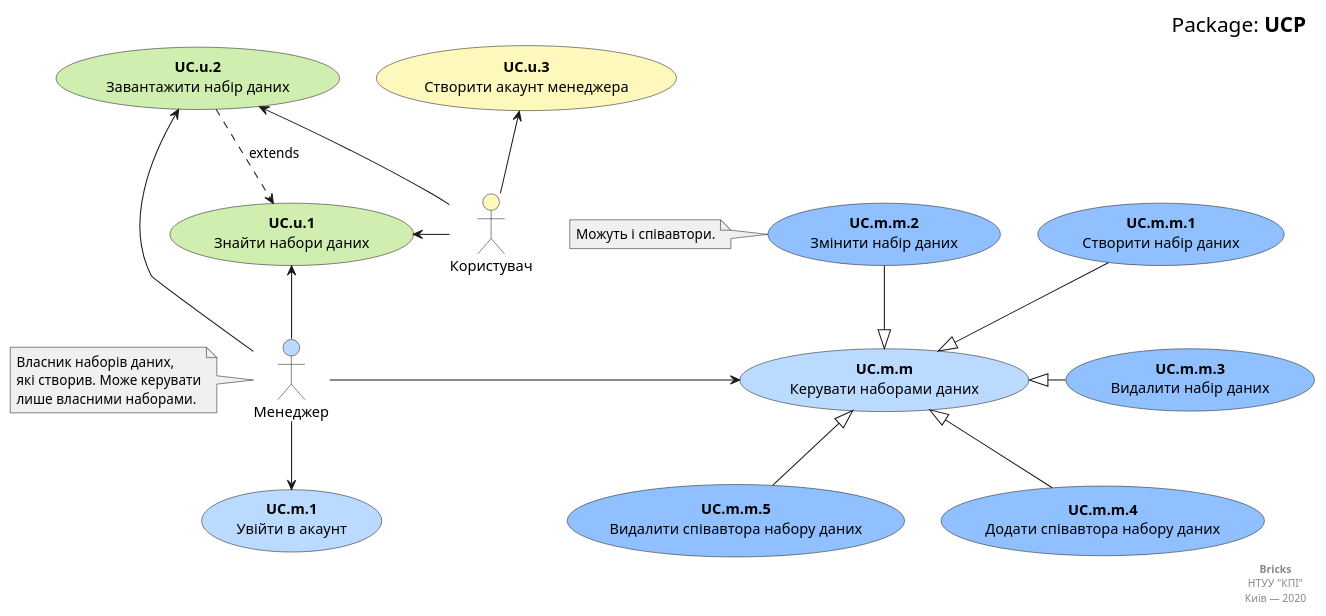
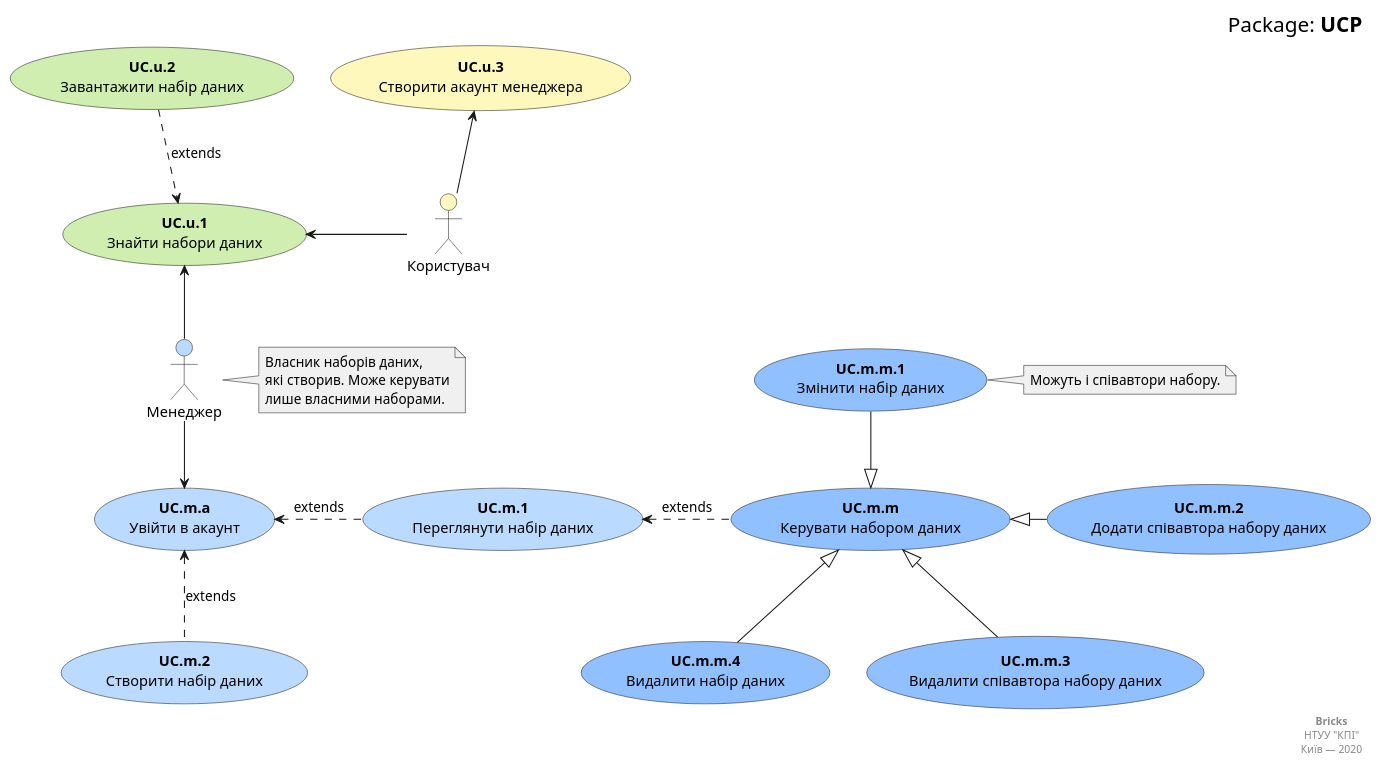
The diagram in docs/use cases/UCP.puml (hate-crew-member-41/Bricks), drawn with PlantUML before and after one commit.

```diff
--- a/docs/use cases/UCP.puml
+++ b/docs/use cases/UCP.puml
@@ -1,54 +1,55 @@
 @startuml
 
     right header
         <font size=20 color=black>Package: <b>UCP</b></font>
     end header
 
     actor "Користувач" as User #fff8bd
     actor "Менеджер" as Manager #bbdaff
 
-    note left of Manager #f0f0f0
+    note right of Manager #f0f0f0
         Власник наборів даних,
         які створив. Може керувати
         лише власними наборами.
     end note
     
     usecase "<b>UC.u.1</b>\nЗнайти набори даних" as UC.u.1 #d0eeb0
     usecase "<b>UC.u.2</b>\nЗавантажити набір даних" as UC.u.2 #d0eeb0
     usecase "<b>UC.u.3</b>\nСтворити акаунт менеджера" as UC.u.3 #fff8bd
 
-    usecase "<b>UC.m.1</b>\nУвійти в акаунт" as UC.m.1 #bbdaff
-    usecase "<b>UC.m.m</b>\nКерувати наборами даних" as UC.m.m #bbdaff
-    usecase "<b>UC.m.m.1</b>\nСтворити набір даних" as UC.m.m.1 #90c0ff
-    usecase "<b>UC.m.m.2</b>\nЗмінити набір даних" as UC.m.m.2 #90c0ff
-    usecase "<b>UC.m.m.3</b>\nВидалити набір даних" as UC.m.m.3 #90c0ff
-    usecase "<b>UC.m.m.4</b>\nДодати співавтора набору даних" as UC.m.m.4 #90c0ff
-    usecase "<b>UC.m.m.5</b>\nВидалити співавтора набору даних" as UC.m.m.5 #90c0ff
+    usecase "<b>UC.m.a</b>\nУвійти в акаунт" as UC.m.a #bbdaff
+    usecase "<b>UC.m.1</b>\nПереглянути набір даних" as UC.m.1 #bbdaff
+    usecase "<b>UC.m.2</b>\nСтворити набір даних" as UC.m.2 #bbdaff
+    usecase "<b>UC.m.m</b>\nКерувати набором даних" as UC.m.m #90c0ff
+    usecase "<b>UC.m.m.1</b>\nЗмінити набір даних" as UC.m.m.1 #90c0ff
+    usecase "<b>UC.m.m.2</b>\nДодати співавтора набору даних" as UC.m.m.2 #90c0ff
+    usecase "<b>UC.m.m.3</b>\nВидалити співавтора набору даних" as UC.m.m.3 #90c0ff
+    usecase "<b>UC.m.m.4</b>\nВидалити набір даних" as UC.m.m.4 #90c0ff
 
-    note left of UC.m.m.2 #f0f0f0
-        Можуть і співавтори.
+    note right of UC.m.m.1 #f0f0f0
+        Можуть і співавтори набору.
     end note
 
-    UC.u.2 ..> UC.u.1 : extends
+    UC.u.2 .d.> UC.u.1 : extends
+
+    UC.m.1 .l.> UC.m.a : extends
+    UC.m.2 .u.> UC.m.a : extends
+    UC.m.m .l.> UC.m.1 : extends
     UC.m.m.1 -d-|> UC.m.m
-    UC.m.m.2 -d-|> UC.m.m
-    UC.m.m.3 -l-|> UC.m.m
+    UC.m.m.2 -l-|> UC.m.m
+    UC.m.m.3 -u-|> UC.m.m
     UC.m.m.4 -u-|> UC.m.m
-    UC.m.m.5 -u-|> UC.m.m
 
     User -l-> UC.u.1
-    User -u-> UC.u.2
     User -u-> UC.u.3
 
     Manager -u-> UC.u.1
-    Manager -u-> UC.u.2
-    Manager -d-> UC.m.1
-    Manager -r-> UC.m.m
+    Manager -d-> UC.m.a
     
     right footer
         <b>Bricks</b>
         НТУУ "КПІ"
         Київ — 2020
     end footer
 
 @enduml
```
